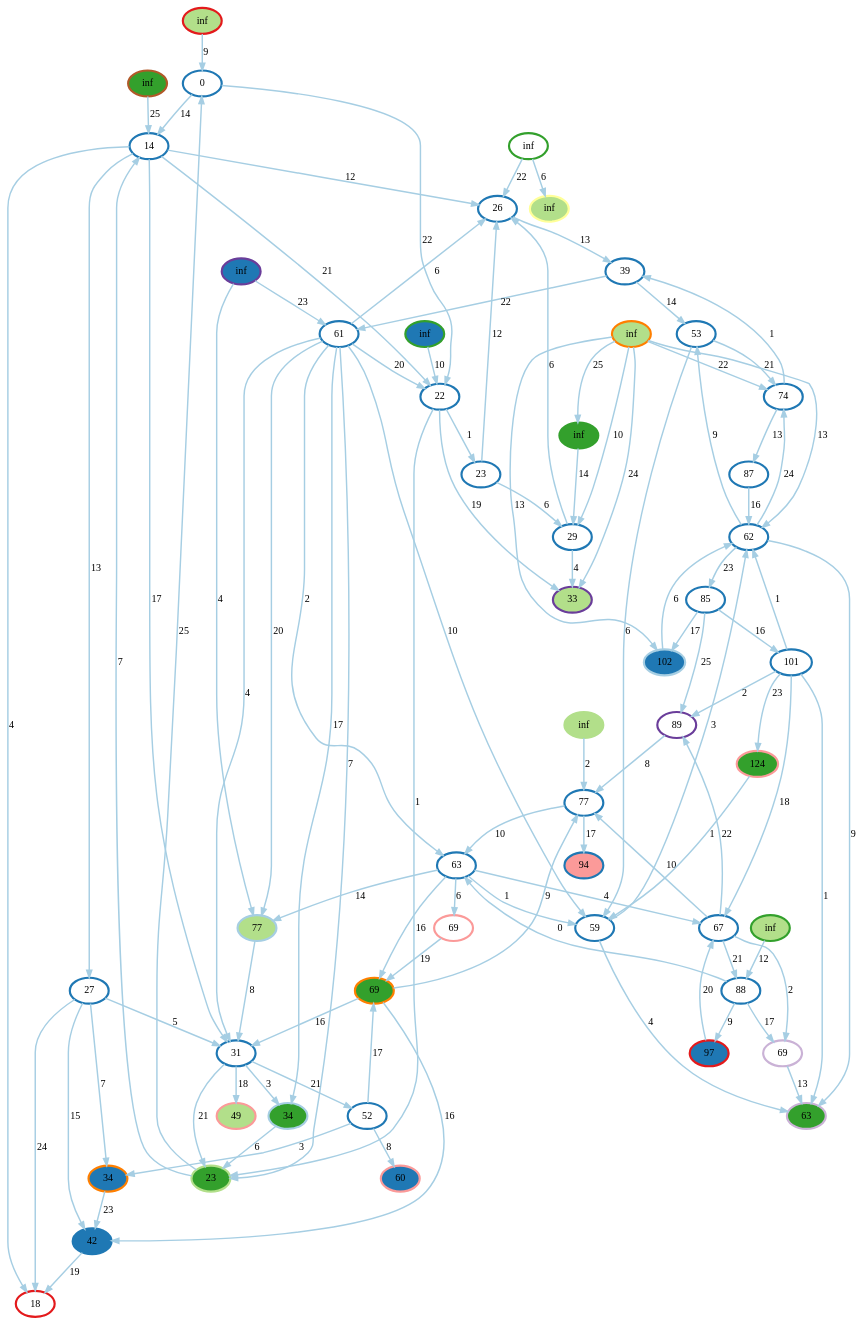
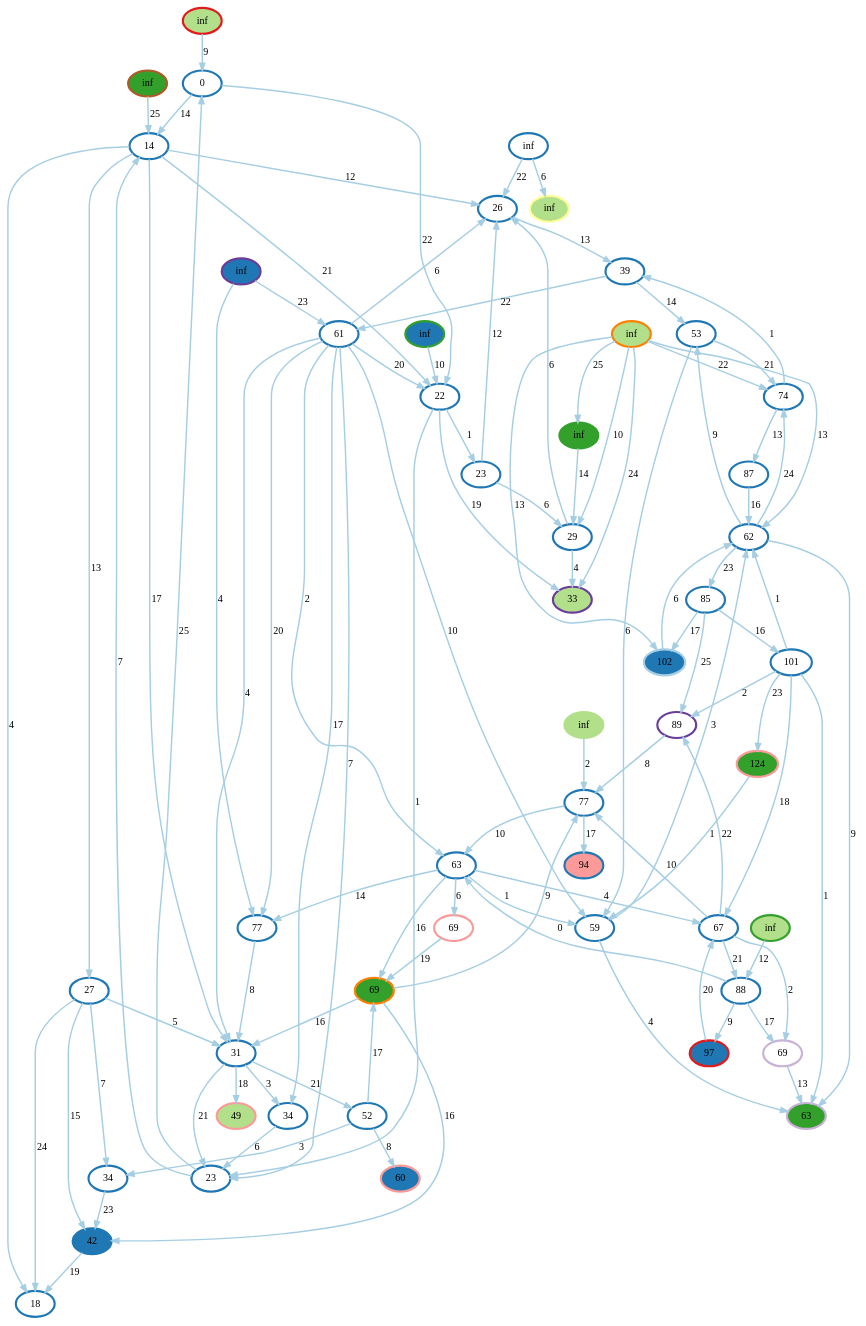
The diagram in resources/made_graphs/BellmanFordDirected.dot (Pieterjaninfo/DSEA), drawn with Graphviz before and after one commit. The commit also changed 4 other files, not shown here.

```diff
--- a/resources/made_graphs/BellmanFordDirected.dot
+++ b/resources/made_graphs/BellmanFordDirected.dot
@@ -1,153 +1,153 @@
 digraph G {
     0 [penwidth=3,label="0",color=2, colorscheme=paired12]
     1 [penwidth=3,label="87",color=2, colorscheme=paired12]
     2 [penwidth=3,label="26",color=2, colorscheme=paired12]
-    3 [penwidth=3,label="inf",color=4, colorscheme=paired12]
+    3 [penwidth=3,label="inf",color=2, colorscheme=paired12]
     4 [penwidth=3,label="69",color=5, colorscheme=paired12]
-    5 [penwidth=3,label="18",color=6, colorscheme=paired12]
+    5 [penwidth=3,label="18",color=2, colorscheme=paired12]
     6 [penwidth=3,label="29",color=2, colorscheme=paired12]
     7 [penwidth=3,label="63",color=2, colorscheme=paired12]
     8 [penwidth=3,label="69",color=9, colorscheme=paired12]
     9 [penwidth=3,label="89",color=10, colorscheme=paired12]
     10 [penwidth=3,label="85",color=2, colorscheme=paired12]
     11 [penwidth=3,label="101",color=2, colorscheme=paired12]
     12 [penwidth=3,label="102",color=1, colorscheme=paired12,style=filled,fillcolor=2]
     13 [penwidth=3,label="42",color=2, colorscheme=paired12,style=filled,fillcolor=2]
     14 [penwidth=3,label="74",color=2, colorscheme=paired12]
     15 [penwidth=3,label="inf",color=4, colorscheme=paired12,style=filled,fillcolor=2]
     16 [penwidth=3,label="60",color=5, colorscheme=paired12,style=filled,fillcolor=2]
     17 [penwidth=3,label="97",color=6, colorscheme=paired12,style=filled,fillcolor=2]
     18 [penwidth=3,label="14",color=2, colorscheme=paired12]
-    19 [penwidth=3,label="34",color=8, colorscheme=paired12,style=filled,fillcolor=2]
+    19 [penwidth=3,label="34",color=2, colorscheme=paired12]
     20 [penwidth=3,label="23",color=2, colorscheme=paired12]
     21 [penwidth=3,label="inf",color=10, colorscheme=paired12,style=filled,fillcolor=2]
     22 [penwidth=3,label="39",color=2, colorscheme=paired12]
     23 [penwidth=3,label="27",color=2, colorscheme=paired12]
-    24 [penwidth=3,label="77",color=1, colorscheme=paired12,style=filled,fillcolor=3]
+    24 [penwidth=3,label="77",color=2, colorscheme=paired12]
     25 [penwidth=3,label="88",color=2, colorscheme=paired12]
     26 [penwidth=3,label="inf",color=3, colorscheme=paired12,style=filled,fillcolor=3]
     27 [penwidth=3,label="inf",color=4, colorscheme=paired12,style=filled,fillcolor=3]
     28 [penwidth=3,label="49",color=5, colorscheme=paired12,style=filled,fillcolor=3]
     29 [penwidth=3,label="inf",color=6, colorscheme=paired12,style=filled,fillcolor=3]
     30 [penwidth=3,label="53",color=2, colorscheme=paired12]
     31 [penwidth=3,label="inf",color=8, colorscheme=paired12,style=filled,fillcolor=3]
     32 [penwidth=3,label="61",color=2, colorscheme=paired12]
     33 [penwidth=3,label="33",color=10, colorscheme=paired12,style=filled,fillcolor=3]
     34 [penwidth=3,label="inf",color=11, colorscheme=paired12,style=filled,fillcolor=3]
     35 [penwidth=3,label="62",color=2, colorscheme=paired12]
-    36 [penwidth=3,label="34",color=1, colorscheme=paired12,style=filled,fillcolor=4]
+    36 [penwidth=3,label="34",color=2, colorscheme=paired12]
     37 [penwidth=3,label="67",color=2, colorscheme=paired12]
-    38 [penwidth=3,label="23",color=3, colorscheme=paired12,style=filled,fillcolor=4]
+    38 [penwidth=3,label="23",color=2, colorscheme=paired12]
     39 [penwidth=3,label="inf",color=4, colorscheme=paired12,style=filled,fillcolor=4]
     40 [penwidth=3,label="124",color=5, colorscheme=paired12,style=filled,fillcolor=4]
     41 [penwidth=3,label="22",color=2, colorscheme=paired12]
     42 [penwidth=3,label="52",color=2, colorscheme=paired12]
     43 [penwidth=3,label="69",color=8, colorscheme=paired12,style=filled,fillcolor=4]
     44 [penwidth=3,label="63",color=9, colorscheme=paired12,style=filled,fillcolor=4]
     45 [penwidth=3,label="31",color=2, colorscheme=paired12]
     46 [penwidth=3,label="59",color=2, colorscheme=paired12]
     47 [penwidth=3,label="inf",color=12, colorscheme=paired12,style=filled,fillcolor=4]
     48 [penwidth=3,label="77",color=2, colorscheme=paired12]
     49 [penwidth=3,label="94",color=2, colorscheme=paired12,style=filled,fillcolor=5]
 
     11 -> 9 [penwidth=2,label="2",color=1, colorscheme=paired12]
     43 -> 45 [penwidth=2,label="16",color=1, colorscheme=paired12]
     10 -> 9 [penwidth=2,label="25",color=1, colorscheme=paired12]
     48 -> 49 [penwidth=2,label="17",color=1, colorscheme=paired12]
     22 -> 32 [penwidth=2,label="22",color=1, colorscheme=paired12]
     18 -> 45 [penwidth=2,label="17",color=1, colorscheme=paired12]
     35 -> 14 [penwidth=2,label="24",color=1, colorscheme=paired12]
     48 -> 7 [penwidth=2,label="10",color=1, colorscheme=paired12]
     7 -> 46 [penwidth=2,label="1",color=1, colorscheme=paired12]
     11 -> 35 [penwidth=2,label="1",color=1, colorscheme=paired12]
     47 -> 18 [penwidth=2,label="25",color=1, colorscheme=paired12]
     32 -> 46 [penwidth=2,label="10",color=1, colorscheme=paired12]
     36 -> 38 [penwidth=2,label="6",color=1, colorscheme=paired12]
     31 -> 14 [penwidth=2,label="22",color=1, colorscheme=paired12]
     45 -> 28 [penwidth=2,label="18",color=1, colorscheme=paired12]
     37 -> 25 [penwidth=2,label="21",color=1, colorscheme=paired12]
     21 -> 32 [penwidth=2,label="23",color=1, colorscheme=paired12]
     25 -> 17 [penwidth=2,label="9",color=1, colorscheme=paired12]
     18 -> 5 [penwidth=2,label="4",color=1, colorscheme=paired12]
     11 -> 37 [penwidth=2,label="18",color=1, colorscheme=paired12]
     7 -> 24 [penwidth=2,label="14",color=1, colorscheme=paired12]
     31 -> 33 [penwidth=2,label="24",color=1, colorscheme=paired12]
     32 -> 7 [penwidth=2,label="2",color=1, colorscheme=paired12]
     45 -> 38 [penwidth=2,label="21",color=1, colorscheme=paired12]
     38 -> 18 [penwidth=2,label="7",color=1, colorscheme=paired12]
     20 -> 6 [penwidth=2,label="6",color=1, colorscheme=paired12]
     6 -> 33 [penwidth=2,label="4",color=1, colorscheme=paired12]
     25 -> 7 [penwidth=2,label="0",color=1, colorscheme=paired12]
     9 -> 48 [penwidth=2,label="8",color=1, colorscheme=paired12]
     0 -> 18 [penwidth=2,label="14",color=1, colorscheme=paired12]
     26 -> 48 [penwidth=2,label="2",color=1, colorscheme=paired12]
     37 -> 8 [penwidth=2,label="2",color=1, colorscheme=paired12]
     18 -> 2 [penwidth=2,label="12",color=1, colorscheme=paired12]
     18 -> 23 [penwidth=2,label="13",color=1, colorscheme=paired12]
     41 -> 20 [penwidth=2,label="1",color=1, colorscheme=paired12]
     17 -> 37 [penwidth=2,label="20",color=1, colorscheme=paired12]
     11 -> 44 [penwidth=2,label="1",color=1, colorscheme=paired12]
     31 -> 39 [penwidth=2,label="25",color=1, colorscheme=paired12]
     35 -> 44 [penwidth=2,label="9",color=1, colorscheme=paired12]
     12 -> 35 [penwidth=2,label="6",color=1, colorscheme=paired12]
     32 -> 38 [penwidth=2,label="7",color=1, colorscheme=paired12]
     35 -> 30 [penwidth=2,label="9",color=1, colorscheme=paired12]
     11 -> 40 [penwidth=2,label="23",color=1, colorscheme=paired12]
     41 -> 33 [penwidth=2,label="19",color=1, colorscheme=paired12]
     23 -> 45 [penwidth=2,label="5",color=1, colorscheme=paired12]
     21 -> 24 [penwidth=2,label="4",color=1, colorscheme=paired12]
     42 -> 43 [penwidth=2,label="17",color=1, colorscheme=paired12]
     0 -> 41 [penwidth=2,label="22",color=1, colorscheme=paired12]
     27 -> 25 [penwidth=2,label="12",color=1, colorscheme=paired12]
     7 -> 43 [penwidth=2,label="16",color=1, colorscheme=paired12]
     7 -> 37 [penwidth=2,label="4",color=1, colorscheme=paired12]
     31 -> 6 [penwidth=2,label="10",color=1, colorscheme=paired12]
     23 -> 5 [penwidth=2,label="24",color=1, colorscheme=paired12]
     45 -> 36 [penwidth=2,label="3",color=1, colorscheme=paired12]
     10 -> 11 [penwidth=2,label="16",color=1, colorscheme=paired12]
     30 -> 46 [penwidth=2,label="6",color=1, colorscheme=paired12]
     37 -> 9 [penwidth=2,label="22",color=1, colorscheme=paired12]
     32 -> 2 [penwidth=2,label="6",color=1, colorscheme=paired12]
     42 -> 16 [penwidth=2,label="8",color=1, colorscheme=paired12]
     32 -> 24 [penwidth=2,label="20",color=1, colorscheme=paired12]
     22 -> 30 [penwidth=2,label="14",color=1, colorscheme=paired12]
     13 -> 5 [penwidth=2,label="19",color=1, colorscheme=paired12]
     23 -> 19 [penwidth=2,label="7",color=1, colorscheme=paired12]
     14 -> 1 [penwidth=2,label="13",color=1, colorscheme=paired12]
     1 -> 35 [penwidth=2,label="16",color=1, colorscheme=paired12]
     7 -> 4 [penwidth=2,label="6",color=1, colorscheme=paired12]
     8 -> 44 [penwidth=2,label="13",color=1, colorscheme=paired12]
     14 -> 22 [penwidth=2,label="1",color=1, colorscheme=paired12]
     30 -> 14 [penwidth=2,label="21",color=1, colorscheme=paired12]
     45 -> 42 [penwidth=2,label="21",color=1, colorscheme=paired12]
     20 -> 2 [penwidth=2,label="12",color=1, colorscheme=paired12]
     43 -> 48 [penwidth=2,label="9",color=1, colorscheme=paired12]
     38 -> 0 [penwidth=2,label="25",color=1, colorscheme=paired12]
     31 -> 12 [penwidth=2,label="13",color=1, colorscheme=paired12]
     24 -> 45 [penwidth=2,label="8",color=1, colorscheme=paired12]
     40 -> 46 [penwidth=2,label="1",color=1, colorscheme=paired12]
     23 -> 13 [penwidth=2,label="15",color=1, colorscheme=paired12]
     19 -> 13 [penwidth=2,label="23",color=1, colorscheme=paired12]
     3 -> 34 [penwidth=2,label="6",color=1, colorscheme=paired12]
     32 -> 36 [penwidth=2,label="17",color=1, colorscheme=paired12]
     31 -> 35 [penwidth=2,label="13",color=1, colorscheme=paired12]
     32 -> 45 [penwidth=2,label="4",color=1, colorscheme=paired12]
     15 -> 41 [penwidth=2,label="10",color=1, colorscheme=paired12]
     3 -> 2 [penwidth=2,label="22",color=1, colorscheme=paired12]
     10 -> 12 [penwidth=2,label="17",color=1, colorscheme=paired12]
     6 -> 2 [penwidth=2,label="6",color=1, colorscheme=paired12]
     46 -> 35 [penwidth=2,label="3",color=1, colorscheme=paired12]
     18 -> 41 [penwidth=2,label="21",color=1, colorscheme=paired12]
     4 -> 43 [penwidth=2,label="19",color=1, colorscheme=paired12]
     25 -> 8 [penwidth=2,label="17",color=1, colorscheme=paired12]
     29 -> 0 [penwidth=2,label="9",color=1, colorscheme=paired12]
     39 -> 6 [penwidth=2,label="14",color=1, colorscheme=paired12]
     32 -> 41 [penwidth=2,label="20",color=1, colorscheme=paired12]
     2 -> 22 [penwidth=2,label="13",color=1, colorscheme=paired12]
     37 -> 48 [penwidth=2,label="10",color=1, colorscheme=paired12]
     42 -> 19 [penwidth=2,label="3",color=1, colorscheme=paired12]
     46 -> 44 [penwidth=2,label="4",color=1, colorscheme=paired12]
     35 -> 10 [penwidth=2,label="23",color=1, colorscheme=paired12]
     41 -> 38 [penwidth=2,label="1",color=1, colorscheme=paired12]
     43 -> 13 [penwidth=2,label="16",color=1, colorscheme=paired12]
 }
```
